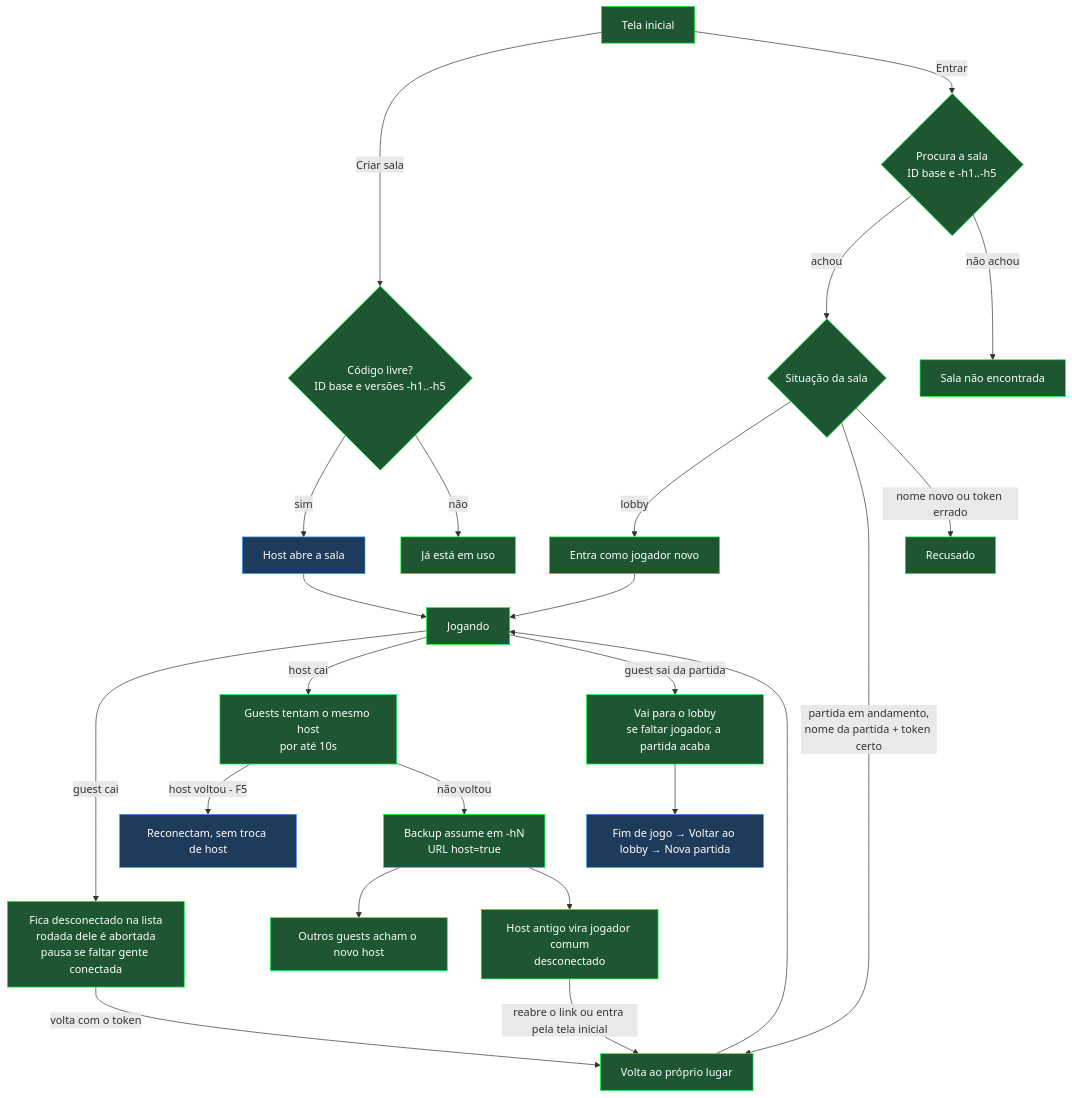
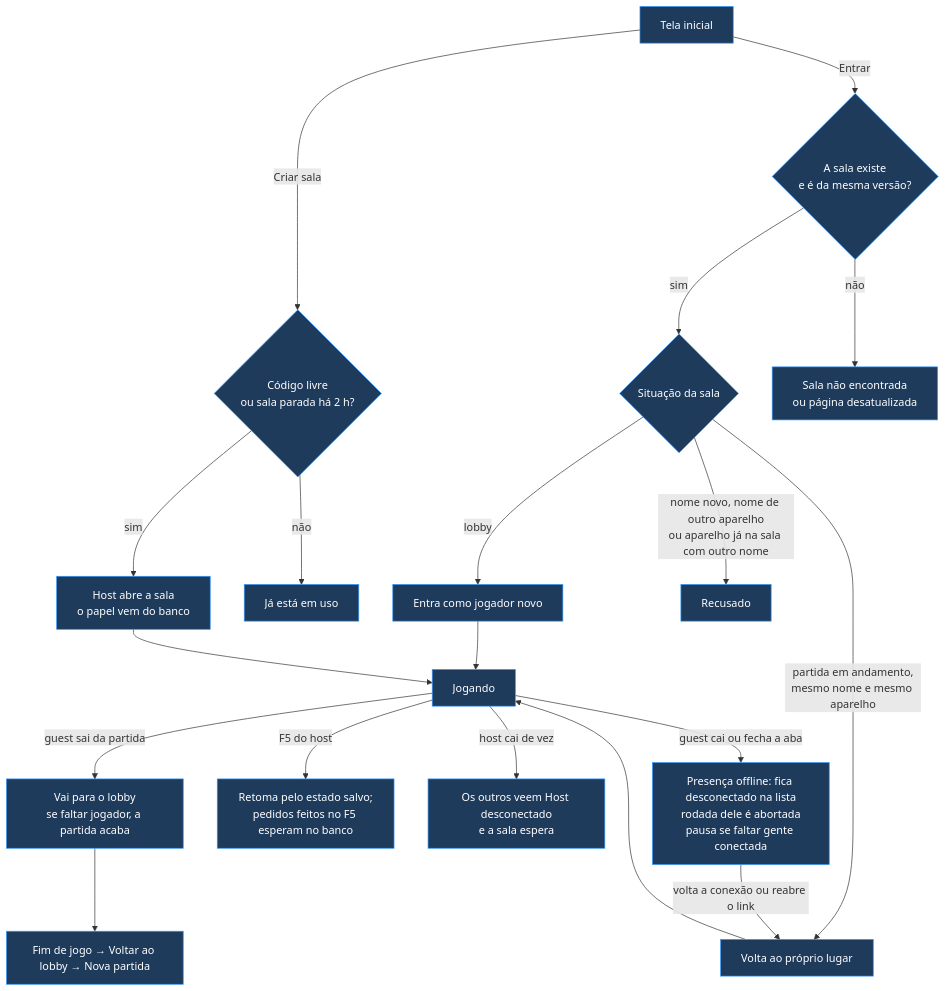
Before and after one commit to vinicius-losekann/pm-the-kpi-master: the diagram in _docs/connection-tests.md, drawn with Mermaid. The commit also changed other lines of this file and 28 other files, not shown here.

First line of the commit message:
feat(rede): o jogo conversa pelo canal da sala no Firebase (roadmap 2.9)

````diff
--- a/_docs/connection-tests.md
+++ b/_docs/connection-tests.md
@@ -36,35 +43,28 @@
 ```mermaid
 flowchart TD
-    A[Tela inicial] -->|Criar sala| B{Código livre?<br/>ID base e versões -h1..-h5}
-    B -->|sim| C[Host abre a sala]
+    A[Tela inicial] -->|Criar sala| B{Código livre<br/>ou sala parada há 2 h?}
+    B -->|sim| C[Host abre a sala<br/>o papel vem do banco]
     B -->|não| B1[Já está em uso]
-    A -->|Entrar| D{Procura a sala<br/>ID base e -h1..-h5}
-    D -->|achou| E{Situação da sala}
-    D -->|não achou| D1[Sala não encontrada]
+    A -->|Entrar| D{A sala existe<br/>e é da mesma versão?}
+    D -->|sim| E{Situação da sala}
+    D -->|não| D1[Sala não encontrada<br/>ou página desatualizada]
     E -->|lobby| F[Entra como jogador novo]
-    E -->|partida em andamento,<br/>nome da partida + token certo| G[Volta ao próprio lugar]
-    E -->|nome novo ou token errado| E1[Recusado]
+    E -->|partida em andamento,<br/>mesmo nome e mesmo aparelho| G[Volta ao próprio lugar]
+    E -->|nome novo, nome de outro aparelho<br/>ou aparelho já na sala com outro nome| E1[Recusado]
 
     G --> H[Jogando]
     F --> H
     C --> H
 
-    H -->|guest cai| I[Fica desconectado na lista<br/>rodada dele é abortada<br/>pausa se faltar gente conectada]
-    I -->|volta com o token| G
+    H -->|guest cai ou fecha a aba| I[Presença offline: fica desconectado na lista<br/>rodada dele é abortada<br/>pausa se faltar gente conectada]
+    I -->|volta a conexão ou reabre o link| G
 
-    H -->|host cai| J[Guests tentam o mesmo host<br/>por até 10s]
-    J -->|host voltou - F5| K[Reconectam, sem troca de host]
-    J -->|não voltou| L[Backup assume em -hN<br/>URL host=true]
-    L --> M[Outros guests acham o novo host]
-    L --> N[Host antigo vira jogador comum<br/>desconectado]
-    N -->|reabre o link ou entra pela tela inicial| G
+    H -->|F5 do host| K[Retoma pelo estado salvo;<br/>pedidos feitos no F5 esperam no banco]
+    H -->|host cai de vez| J[Os outros veem Host desconectado<br/>e a sala espera]
 
     H -->|guest sai da partida| O[Vai para o lobby<br/>se faltar jogador, a partida acaba]
     O --> P[Fim de jogo → Voltar ao lobby → Nova partida]
 
-    classDef ok fill:#1e5631,color:#fff,stroke:#0f3
     classDef auto fill:#1f3b5c,color:#fff,stroke:#39f
-    classDef bug fill:#6b1d1d,color:#fff,stroke:#f33
-    class A,B,B1,D,D1,E,E1,F,G,H,I,J,L,M,N,O ok
-    class C,K,P auto
+    class A,B,B1,C,D,D1,E,E1,F,G,H,I,J,K,O,P auto
 ```
````
